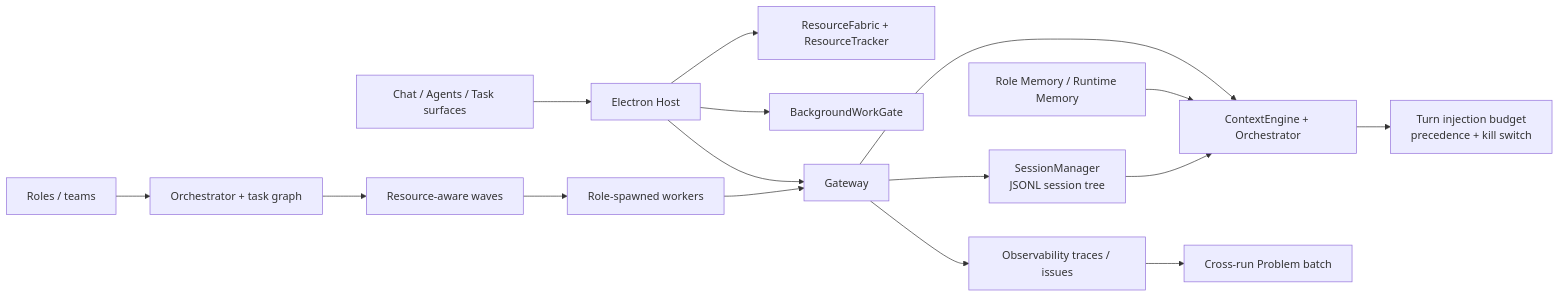
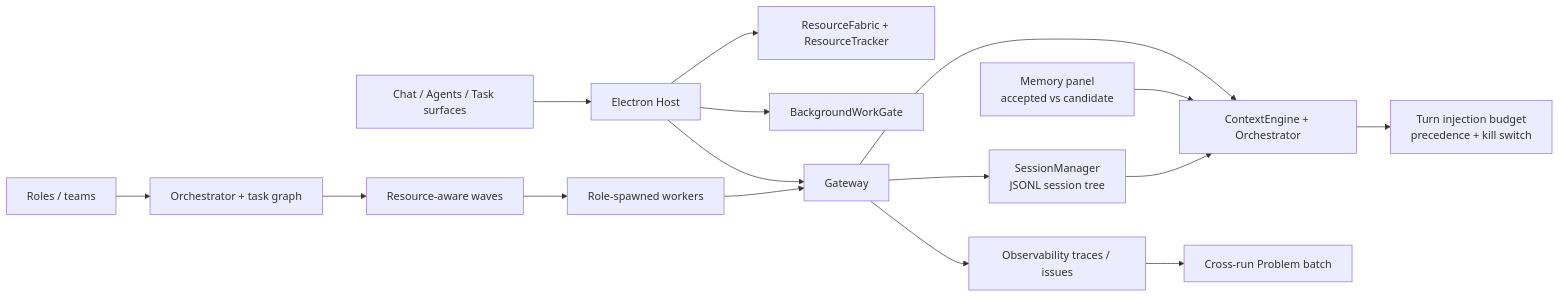
One commit to Baixu22/VerseClaw changed the diagram in README.ja-JP.md. Above: the diagram before and after it, drawn with Mermaid. The commit also changed other lines of this file and 36 other files, not shown here.

````diff
--- a/README.ja-JP.md
+++ b/README.ja-JP.md
@@ -222,18 +223,18 @@
 ```mermaid
 flowchart LR
   UI["Chat / Agents / Task surfaces"] --> HOST["Electron Host"]
   HOST --> RESOURCE["ResourceFabric + ResourceTracker"]
   HOST --> SHED["BackgroundWorkGate"]
   HOST --> GATEWAY["Gateway"]
   GATEWAY --> SESSION["SessionManager<br/>JSONL session tree"]
   GATEWAY --> CONTEXT["ContextEngine + Orchestrator"]
-  MEMORY["Role Memory / Runtime Memory"] --> CONTEXT
+  MEMORY["Memory panel<br/>accepted vs candidate"] --> CONTEXT
   SESSION --> CONTEXT
   CONTEXT --> BUDGET["Turn injection budget<br/>precedence + kill switch"]
   ROLE["Roles / teams"] --> ORCH["Orchestrator + task graph"]
   ORCH --> WAVES["Resource-aware waves"]
   WAVES --> WORKERS["Role-spawned workers"]
   WORKERS --> GATEWAY
   GATEWAY --> OBS["Observability traces / issues"]
   OBS --> PROBLEMS["Cross-run Problem batch"]
 ```
````
